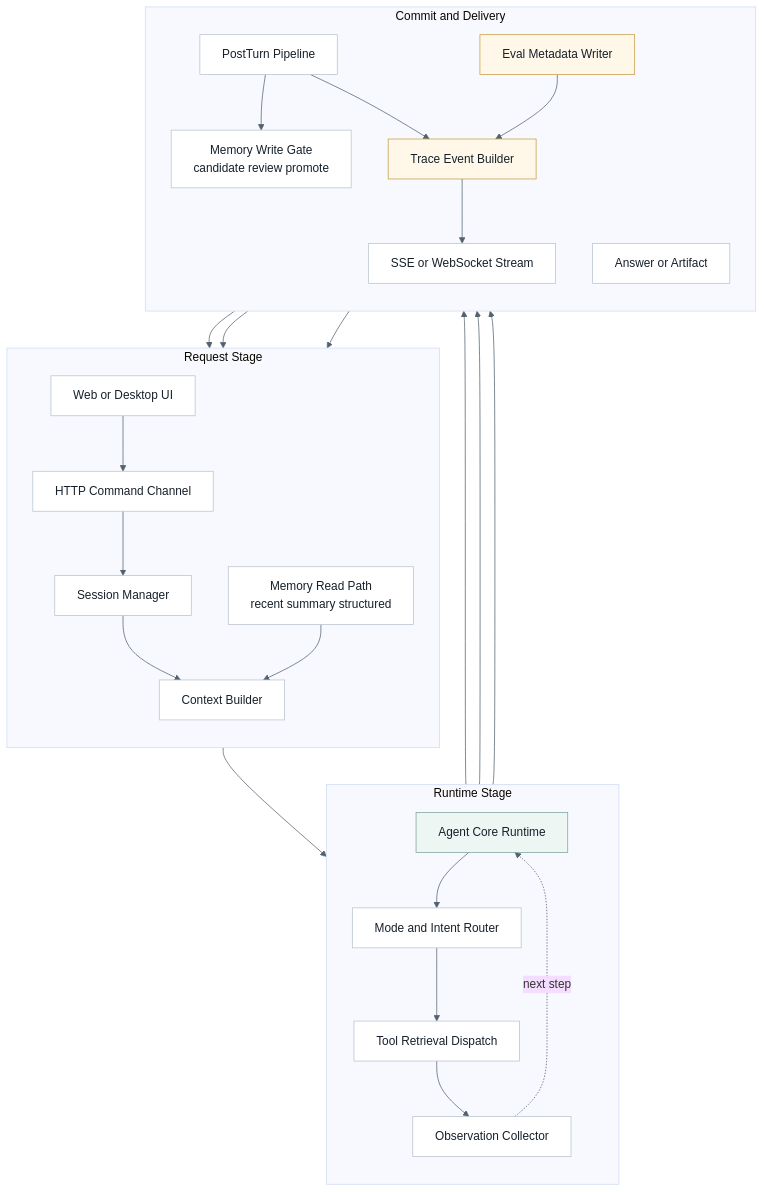
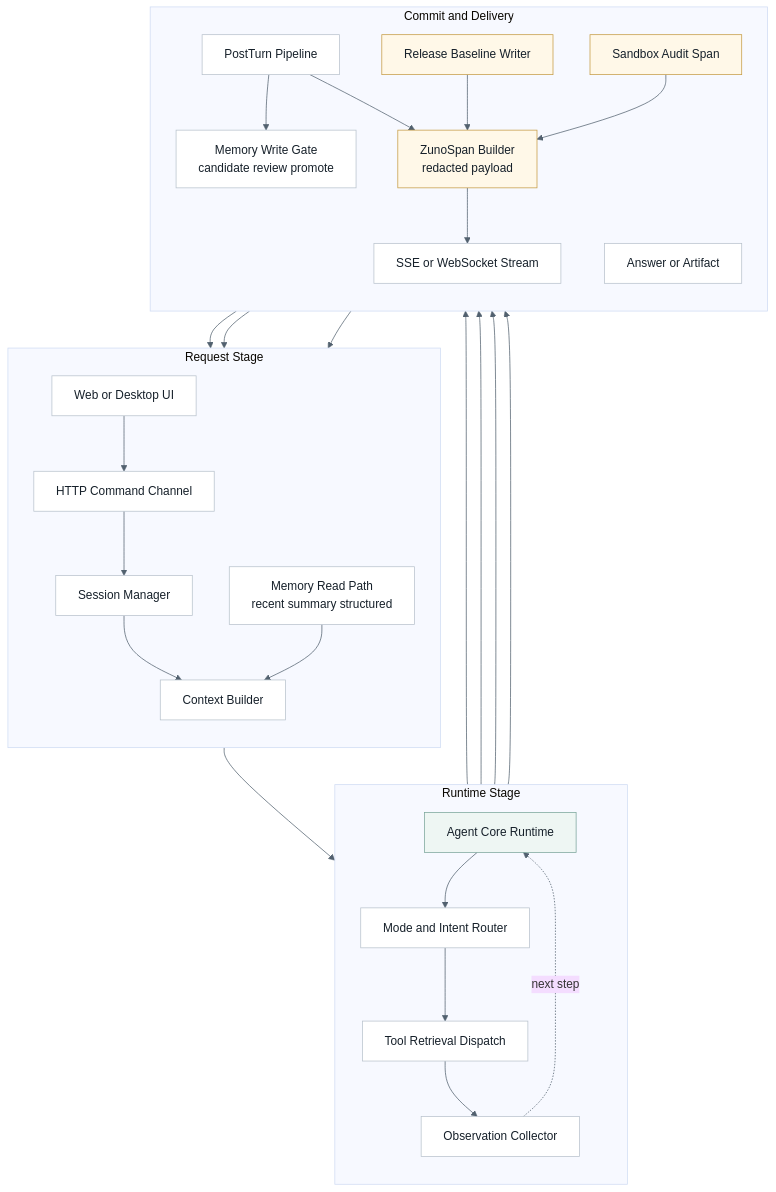
The third of 10 diagrams in docs/architecture/architecture.md (ProfessorZhi/Zuno), drawn with Mermaid before and after one commit. The commit also changed other lines of this file and 21 other files, not shown here.

Commit message:
docs: refresh architecture docs and diagrams

````diff
--- a/docs/architecture/architecture.md
+++ b/docs/architecture/architecture.md
@@ -1213,50 +1216,53 @@
 ```mermaid
 %%{init: {"theme": "base", "themeVariables": {"background": "#f7f8fb", "lineColor": "#52616f"}}}%%
 flowchart TB
   classDef node fill:#ffffff,stroke:#b8c2cc,stroke-width:1px,color:#16202a;
   classDef accent fill:#eef6f3,stroke:#7aa59a,stroke-width:1px,color:#16202a;
   classDef event fill:#fff8e8,stroke:#c59b43,stroke-width:1px,color:#16202a;
 
   UI["Web or Desktop UI"]
   HTTP["HTTP Command Channel"]
   STREAM["SSE or WebSocket Stream"]
   SESSION["Session Manager"]
   CONTEXT["Context Builder"]
   MEMORY["Memory Read Path<br/>recent summary structured"]
   CORE["Agent Core Runtime"]:::accent
   ROUTER["Mode and Intent Router"]
   DISPATCH["Tool Retrieval Dispatch"]
   OBS["Observation Collector"]
   POST["PostTurn Pipeline"]
   WRITE["Memory Write Gate<br/>candidate review promote"]
-  TRACE["Trace Event Builder"]:::event
-  EVAL["Eval Metadata Writer"]:::event
+  TRACE["ZunoSpan Builder<br/>redacted payload"]:::event
+  EVAL["Release Baseline Writer"]:::event
+  AUDIT["Sandbox Audit Span"]:::event
   OUT["Answer or Artifact"]
 
   subgraph IN["Request Stage"]
     direction TB
     UI --> HTTP --> SESSION --> CONTEXT
     MEMORY --> CONTEXT
   end
 
   subgraph RUN["Runtime Stage"]
     direction TB
     CORE --> ROUTER --> DISPATCH --> OBS
     OBS -. next step .-> CORE
   end
 
   subgraph AFTER["Commit and Delivery"]
     direction TB
     POST --> WRITE --> MEMORY
     POST --> TRACE
     TRACE --> STREAM --> UI
     EVAL --> TRACE
+    AUDIT --> TRACE
     OUT --> HTTP
   end
 
   CONTEXT --> CORE
   OBS --> POST
+  DISPATCH --> AUDIT
   CORE --> EVAL
   CORE --> OUT
   class UI,HTTP,STREAM,SESSION,CONTEXT,MEMORY,ROUTER,DISPATCH,OBS,POST,WRITE,OUT node;
 ```
````
